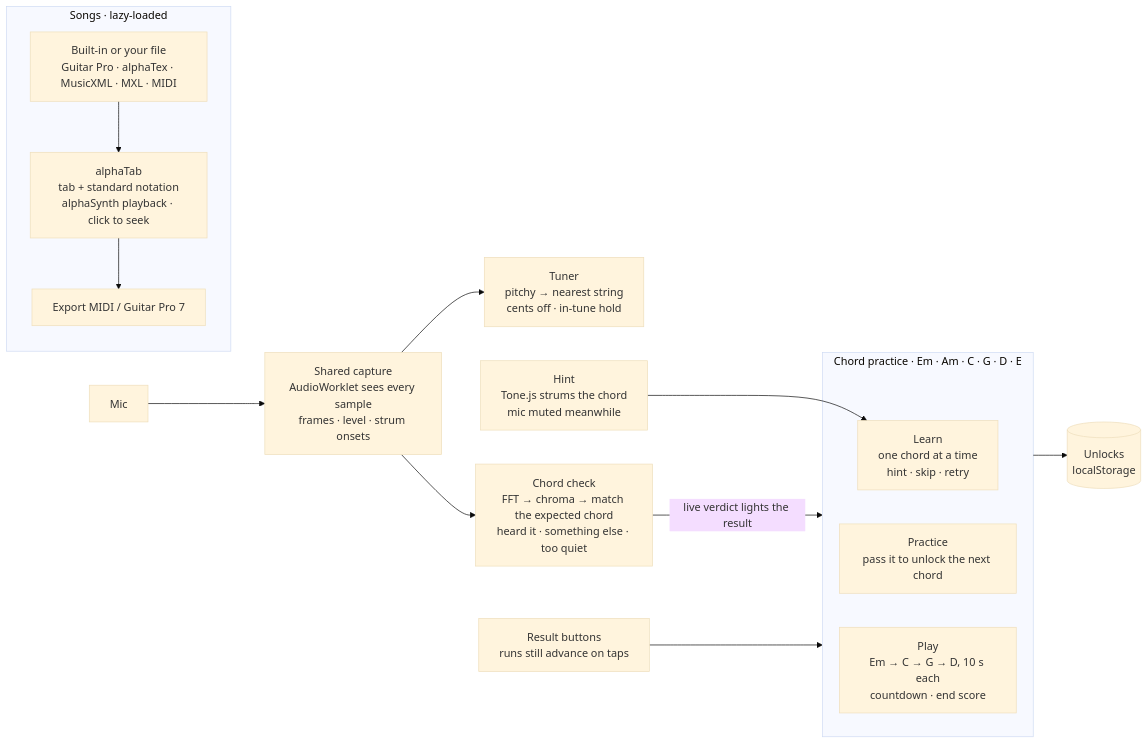
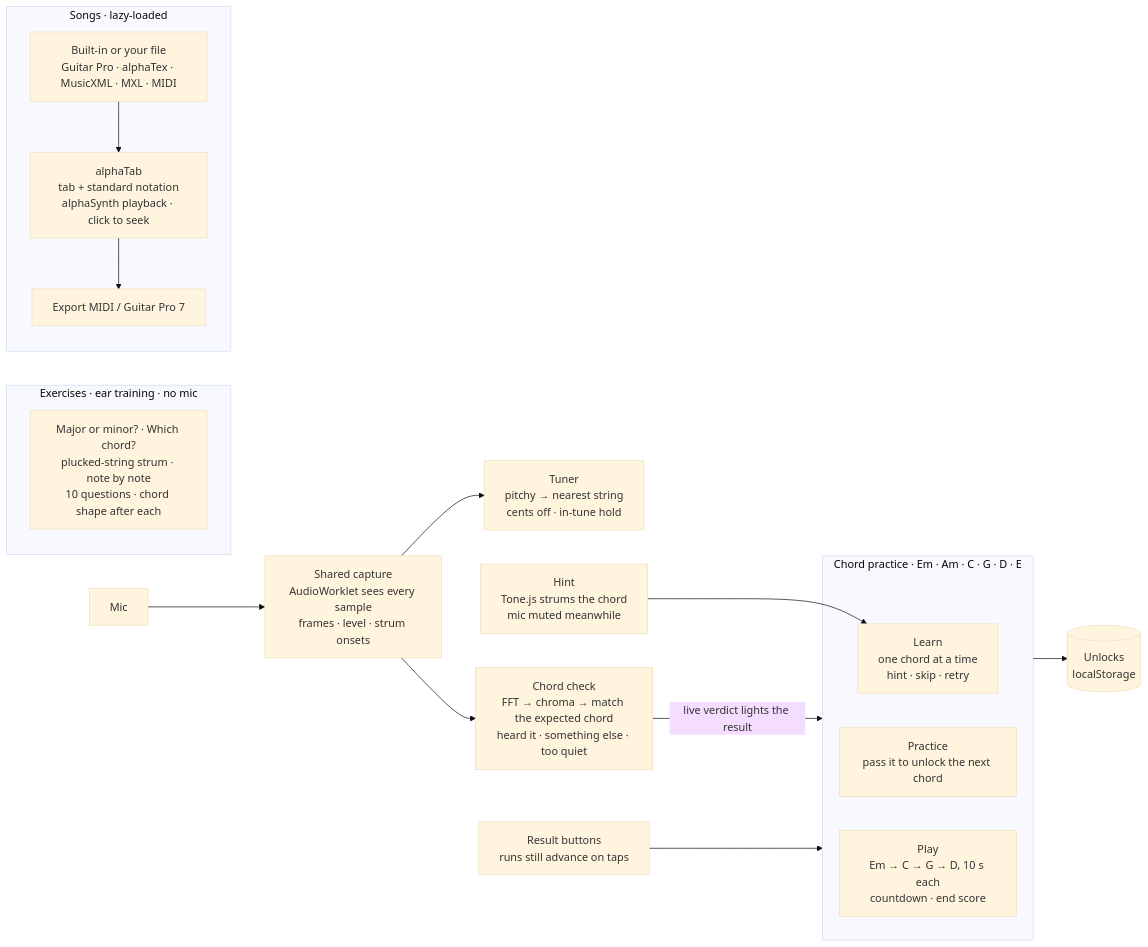
The third of 4 diagrams in docs/architecture.md (Harmonic-416/project), drawn with Mermaid (base theme) before and after one commit. The commit also changed other lines of this file and 16 other files, not shown here.

First line of the commit message:
feat(guitar): ear-training exercises (F41)

````diff
--- a/docs/architecture.md
+++ b/docs/architecture.md
@@ -120,24 +120,28 @@
 ```mermaid
 flowchart LR
     MIC["Mic"] --> CAP["Shared capture<br/>AudioWorklet sees every sample<br/>frames · level · strum onsets"]
     CAP --> TUNER["Tuner<br/>pitchy → nearest string<br/>cents off · in-tune hold"]
     CAP --> DETECT["Chord check<br/>FFT → chroma → match the expected chord<br/>heard it · something else · too quiet"]
 
     subgraph PRACTICE["Chord practice · Em · Am · C · G · D · E"]
         LEARN["Learn<br/>one chord at a time<br/>hint · skip · retry"]
         PASS["Practice<br/>pass it to unlock the next chord"]
         PLAYRUN["Play<br/>Em → C → G → D, 10 s each<br/>countdown · end score"]
     end
 
     DETECT -- "live verdict lights the result" --> PRACTICE
     TAPS["Result buttons<br/>runs still advance on taps"] --> PRACTICE
     HINT["Hint<br/>Tone.js strums the chord<br/>mic muted meanwhile"] --> LEARN
     PRACTICE --> UNLOCKS[("Unlocks<br/>localStorage")]
 
+    subgraph EXERCISES["Exercises · ear training · no mic"]
+        EAR["Major or minor? · Which chord?<br/>plucked-string strum · note by note<br/>10 questions · chord shape after each"]
+    end
+
     subgraph SONGS["Songs · lazy-loaded"]
         GFILE["Built-in or your file<br/>Guitar Pro · alphaTex · MusicXML · MXL · MIDI"]
         ALPHA["alphaTab<br/>tab + standard notation<br/>alphaSynth playback · click to seek"]
         GEXP["Export MIDI / Guitar Pro 7"]
         GFILE --> ALPHA --> GEXP
     end
 ```
````
